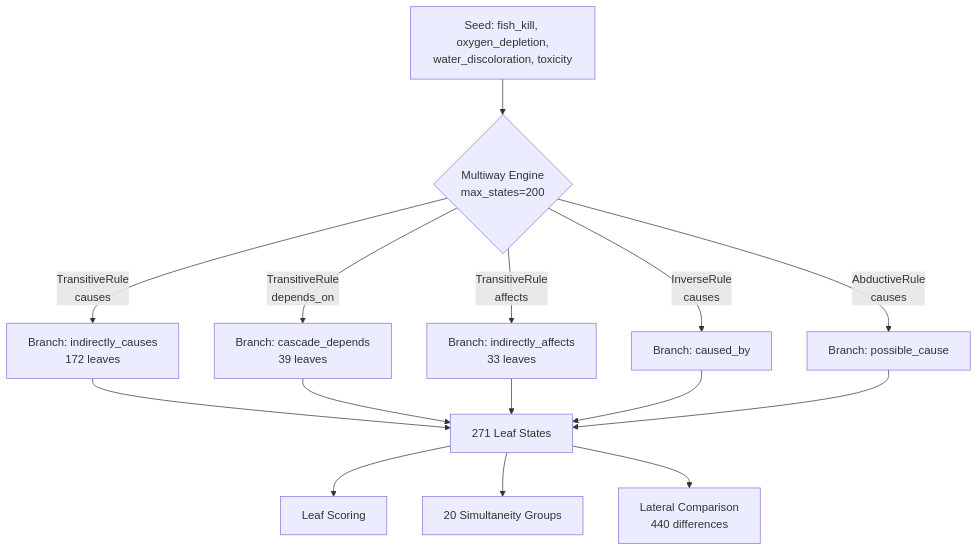
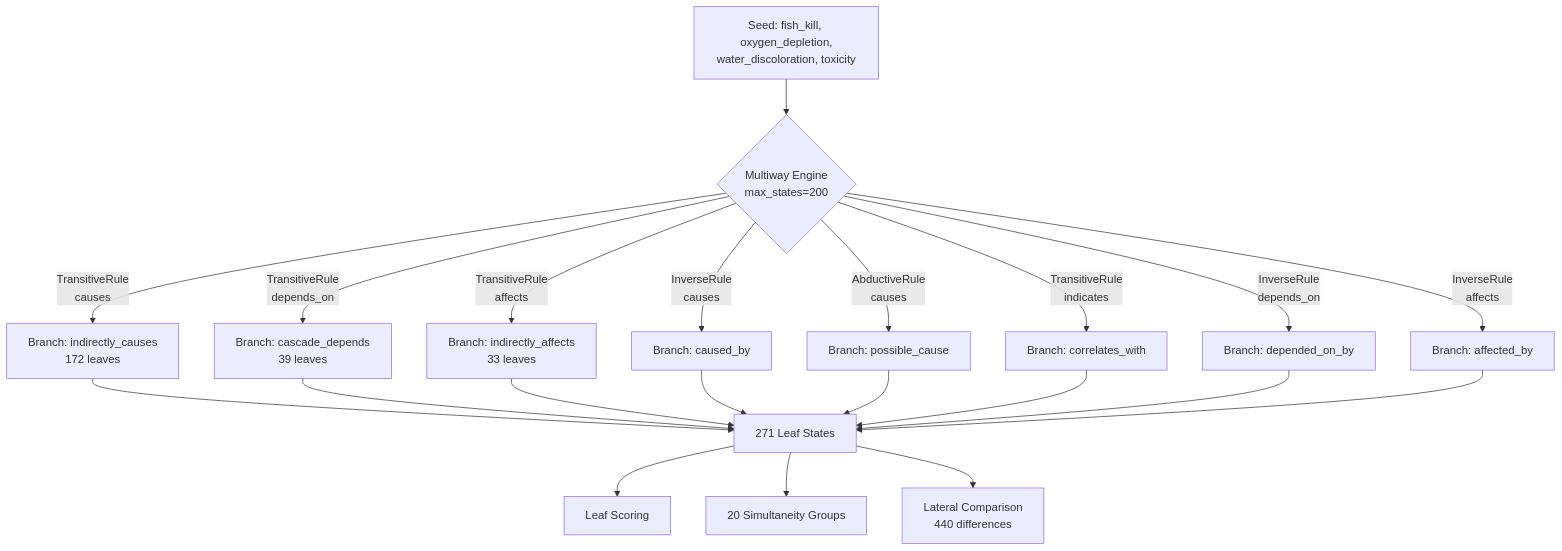
The second of 2 diagrams in examples/showcase/reasoning/multiway_diversity/README.md (antquinonez/Hyper3), drawn with Mermaid before and after one commit. The commit also changed other lines of this file, not shown here.

First line of the commit message:
Fix mermaid diagrams: add missing edges and rules for completeness

````diff
--- a/examples/showcase/reasoning/multiway_diversity/README.md
+++ b/examples/showcase/reasoning/multiway_diversity/README.md
@@ -125,21 +137,27 @@
 ```mermaid
 graph TD
     SEED["Seed: fish_kill, oxygen_depletion,<br/>water_discoloration, toxicity"]
     SEED --> MW{"Multiway Engine<br/>max_states=200"}
 
     MW -->|"TransitiveRule<br/>causes"| B1["Branch: indirectly_causes<br/>172 leaves"]
     MW -->|"TransitiveRule<br/>depends_on"| B2["Branch: cascade_depends<br/>39 leaves"]
     MW -->|"TransitiveRule<br/>affects"| B3["Branch: indirectly_affects<br/>33 leaves"]
+    MW -->|"TransitiveRule<br/>indicates"| B6["Branch: correlates_with"]
     MW -->|"InverseRule<br/>causes"| B4["Branch: caused_by"]
+    MW -->|"InverseRule<br/>depends_on"| B7["Branch: depended_on_by"]
+    MW -->|"InverseRule<br/>affects"| B8["Branch: affected_by"]
     MW -->|"AbductiveRule<br/>causes"| B5["Branch: possible_cause"]
 
     B1 --> LEAF["271 Leaf States"]
     B2 --> LEAF
     B3 --> LEAF
     B4 --> LEAF
     B5 --> LEAF
+    B6 --> LEAF
+    B7 --> LEAF
+    B8 --> LEAF
 
     LEAF --> SCORE["Leaf Scoring"]
     LEAF --> CLUSTER["20 Simultaneity Groups"]
     LEAF --> COMPARE["Lateral Comparison<br/>440 differences"]
 ```
````
